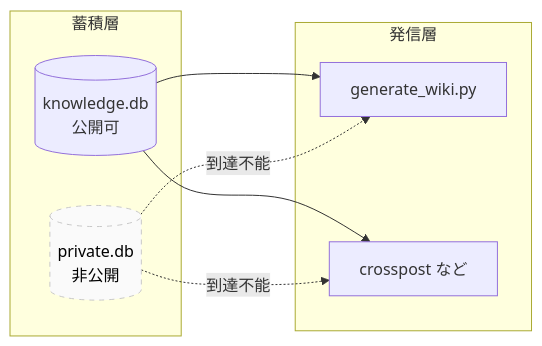
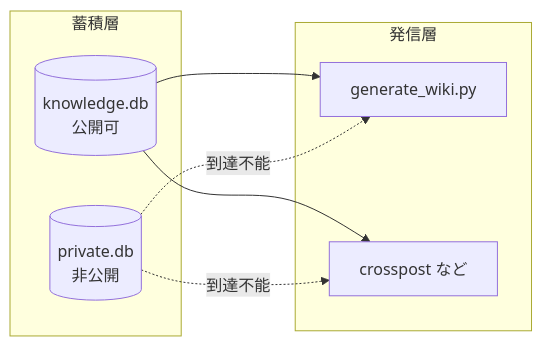
One commit to dinekt/dinekt-wiki changed the second of 2 diagrams in docs/tools/ナレッジベースを静的-wiki-として自動公開するパイプライン.md. Above: the diagram before and after it, drawn with Mermaid. The commit also changed other lines of this file and 70 other files, not shown here.

First line of the commit message:
fix(mermaid): strip all inline styling, rely on theme

````diff
--- a/docs/tools/ナレッジベースを静的-wiki-として自動公開するパイプライン.md
+++ b/docs/tools/ナレッジベースを静的-wiki-として自動公開するパイプライン.md
@@ -48,17 +45,16 @@
 ```mermaid
 flowchart LR
     subgraph 蓄積層
       K[(knowledge.db<br/>公開可)]
       P[(private.db<br/>非公開)]
     end
     subgraph 発信層
       W[generate_wiki.py]
       X[crosspost など]
     end
     K --> W
     K --> X
     P -. 到達不能 .-> W
     P -. 到達不能 .-> X
 
-    style P fill:#fafafa,stroke:#c8c8c8,stroke-dasharray: 5 5,color:#000
 ```
````
